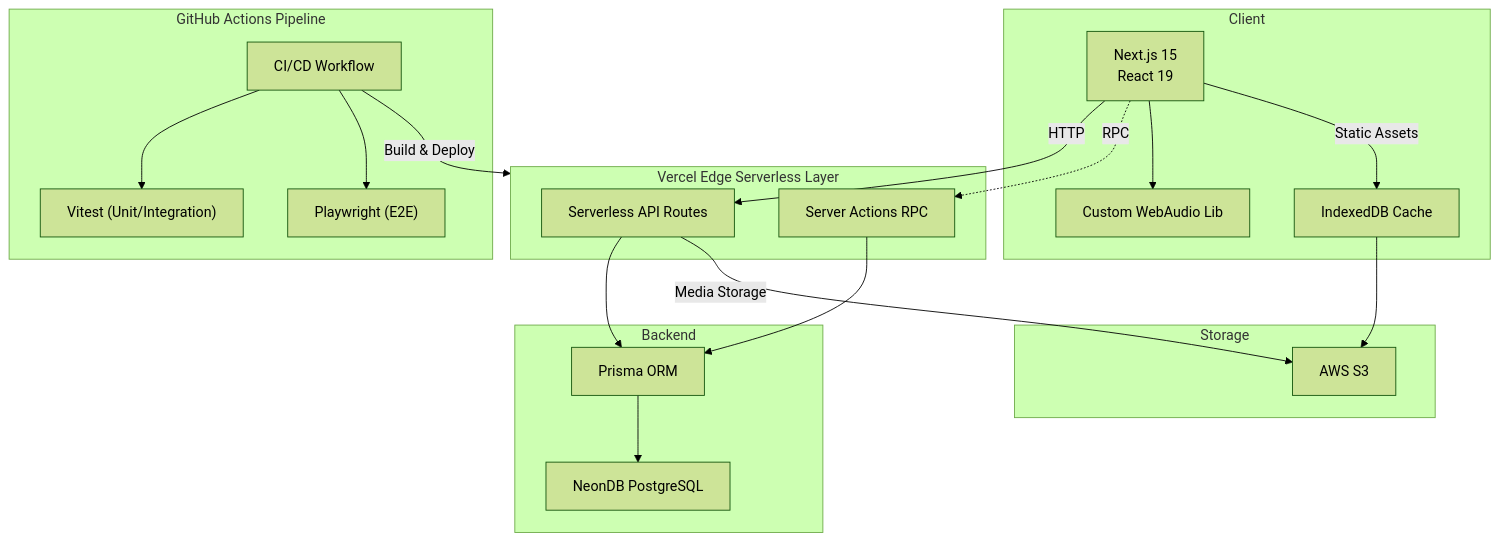
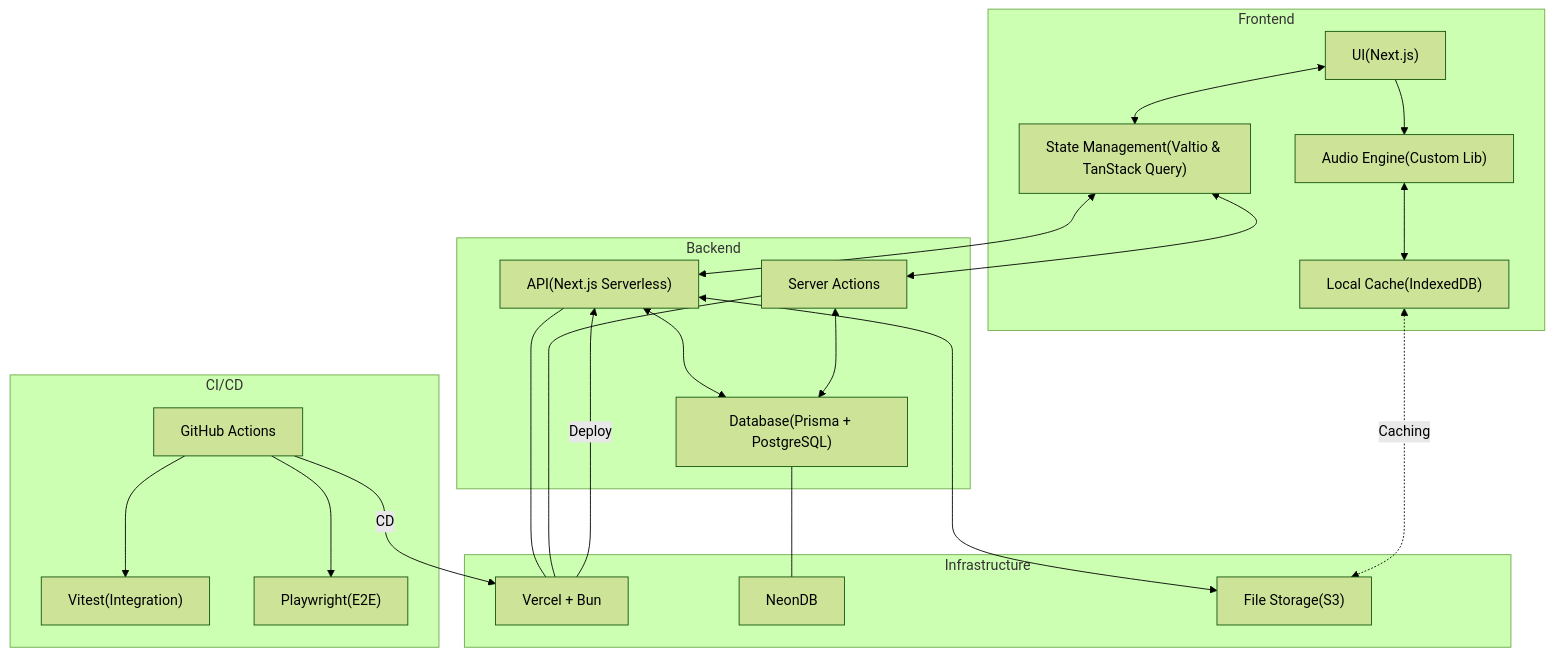
One commit to f-ffff-f/wdj changed the first of 3 diagrams in README.md. Above: the diagram before and after it, drawn with Mermaid (forest theme).

````diff
--- a/README.md
+++ b/README.md
@@ -9,49 +9,50 @@
 ```mermaid
     flowchart TD
-    %% ====== CLIENT ======
-    subgraph Client["Client"]
-        ReactUI["Next.js 15\nReact 19"]
-        IndexedDB["IndexedDB Cache"]
-        WebAudio["Custom WebAudio Lib"]
+    subgraph "Frontend"
+        UI["UI(Next.js)"]
+        State["State Management(Valtio & TanStack Query)"]
+        Audio["Audio Engine(Custom Lib)"]
+        Cache["Local Cache(IndexedDB)"]
     end
 
-    %% ====== EDGE / SERVERLESS ======
-    subgraph Edge["Vercel Edge Serverless Layer"]
-        NextAPI["Serverless API Routes"]
-        ServerActions["Server Actions RPC"]
+    subgraph "Backend"
+        API["API(Next.js Serverless)"]
+        SA["Server Actions"]
+        DB["Database(Prisma + PostgreSQL)"]
     end
 
-    %% ====== BACKEND ======
-    subgraph Backend
-        Prisma["Prisma ORM"]
-        NeonDB["NeonDB PostgreSQL"]
+    subgraph "Infrastructure"
+        Vercel["Vercel + Bun"]
+        NeonDB["NeonDB"]
+        Storage["File Storage(S3)"]
+    end
+    
+    subgraph "CI/CD"
+        GH["GitHub Actions"]
+        Vitest["Vitest(Integration)"]
+        Playwright["Playwright(E2E)"]
     end
 
-    %% ====== STORAGE ======
-    subgraph Storage
-        S3["AWS S3"]
-    end
-
-    %% ====== CI / CD ======
-    subgraph CICD["GitHub Actions Pipeline"]
-        GH["CI/CD Workflow"]
-        Vitest["Vitest (Unit/Integration)"]
-        Playwright["Playwright (E2E)"]
-    end
-
-    %% ----- DATA / CALL FLOWS -----
-    ReactUI -->|"HTTP"| NextAPI
-    ReactUI -.->|"RPC"| ServerActions
-    ReactUI --> WebAudio
-    ReactUI -->|"Static Assets"| IndexedDB --> S3
-
-    NextAPI --> Prisma
-    ServerActions --> Prisma
-    Prisma --> NeonDB
-
-    NextAPI -->|"Media Storage"| S3
-
-    GH -->|"Build & Deploy"| Edge
+    UI <--> State
+    UI --> Audio
+    Audio <--> Cache
+    
+    State <--> API
+    State <--> SA
+    
+    API <--> DB
+    SA <--> DB
+    API <--> Storage
+    
+    DB --- NeonDB
+    
+    Cache <-.->|Caching| Storage
+    
     GH --> Vitest
     GH --> Playwright
+    GH -->|CD| Vercel
+    Vercel -->|Deploy| API
+    
+    API --- Vercel
+    SA --- Vercel
 ```
````
